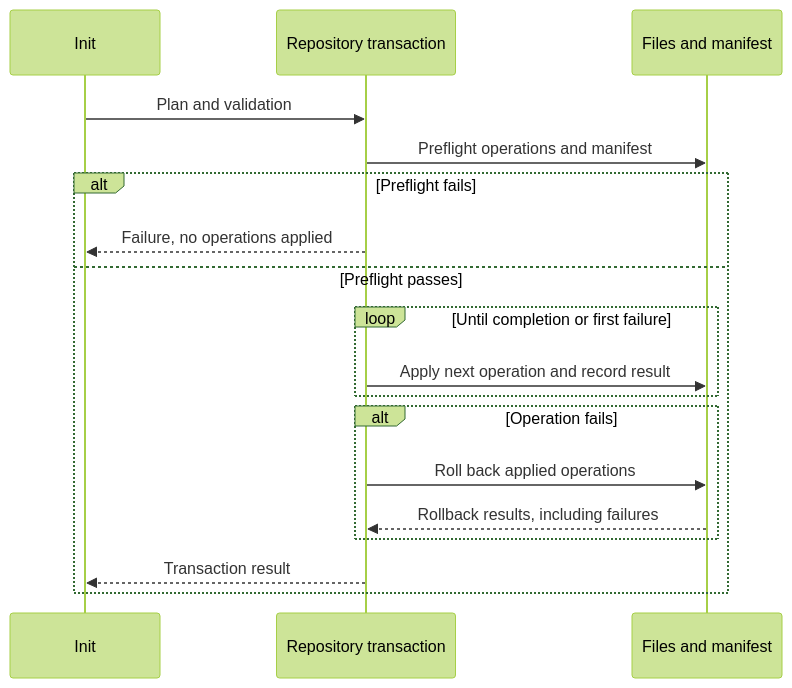
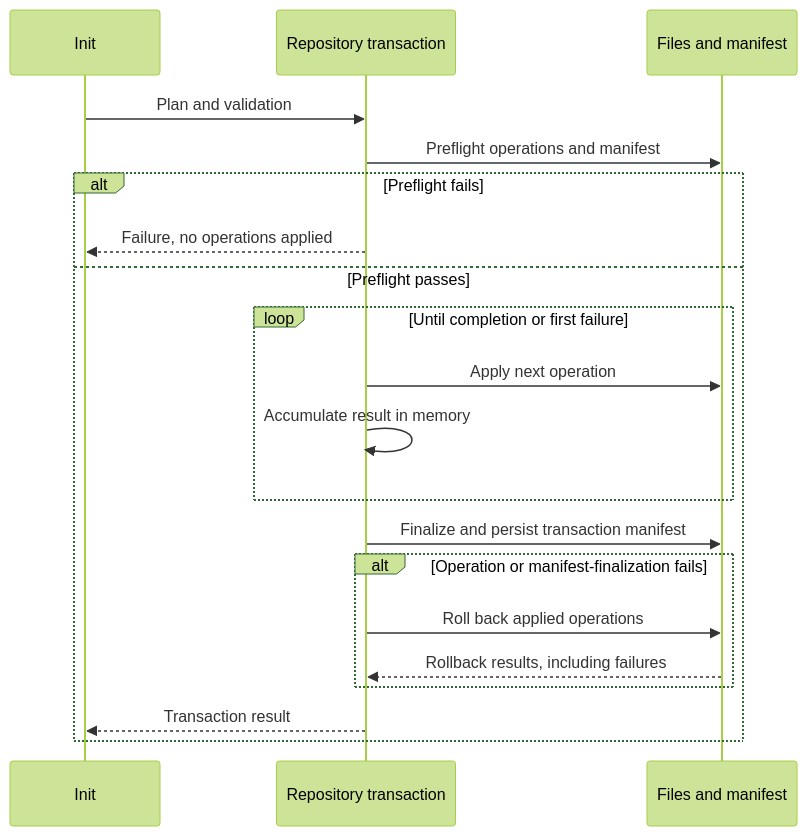
One commit to Ancienttwo/repo-harness changed the fourth of 5 diagrams in docs/architecture/current-architecture.md. Above: the diagram before and after it, drawn with Mermaid (forest theme). The commit also changed other lines of this file and 3 other files, not shown here.

Commit message:
docs(architecture): correct archive provenance and init finalization (#948)

````diff
--- a/docs/architecture/current-architecture.md
+++ b/docs/architecture/current-architecture.md
@@ -122,20 +126,22 @@
 ```mermaid
 sequenceDiagram
   participant C as Init
   participant T as Repository transaction
   participant F as Files and manifest
   C->>T: Plan and validation
   T->>F: Preflight operations and manifest
   alt Preflight fails
     T-->>C: Failure, no operations applied
   else Preflight passes
     loop Until completion or first failure
-      T->>F: Apply next operation and record result
+      T->>F: Apply next operation
+      T->>T: Accumulate result in memory
     end
-    alt Operation fails
+    T->>F: Finalize and persist transaction manifest
+    alt Operation or manifest-finalization fails
       T->>F: Roll back applied operations
       F-->>T: Rollback results, including failures
     end
     T-->>C: Transaction result
   end
 ```
````
